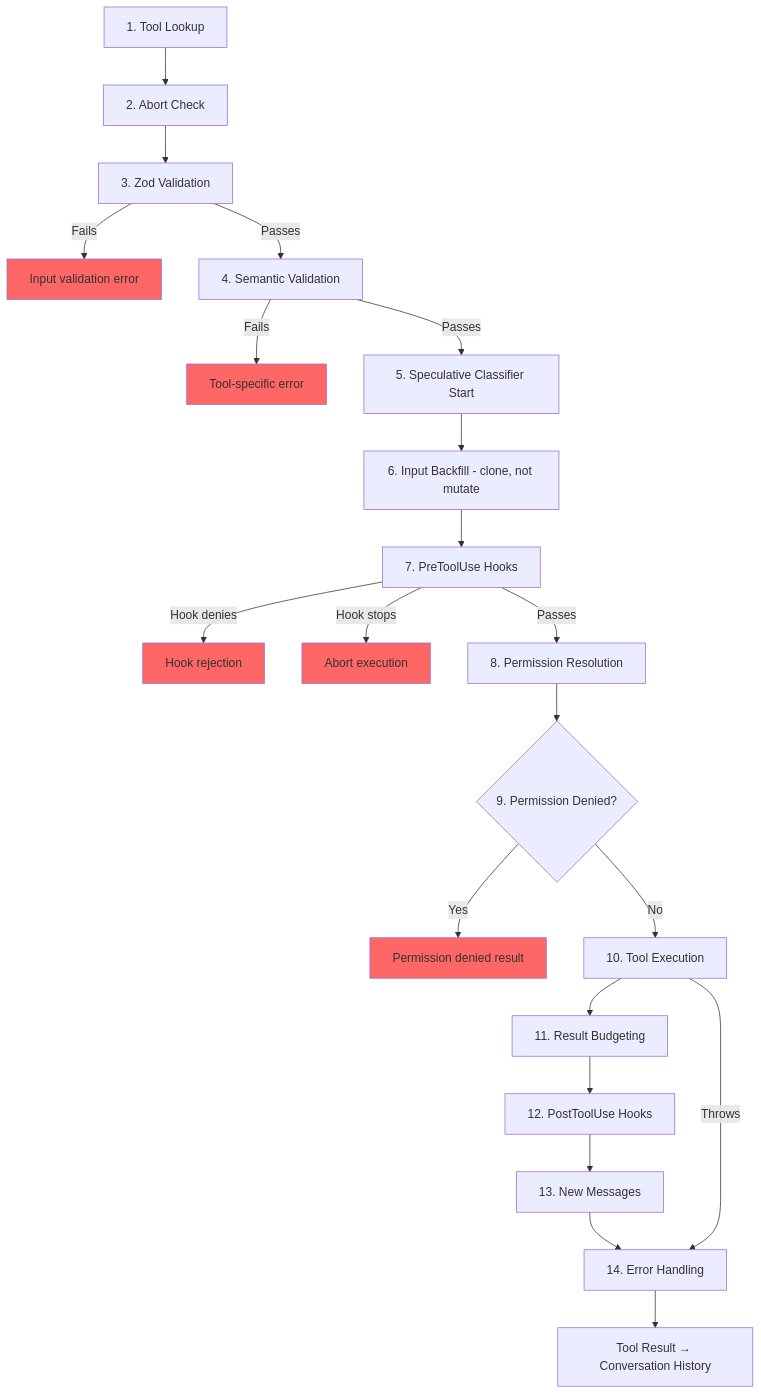
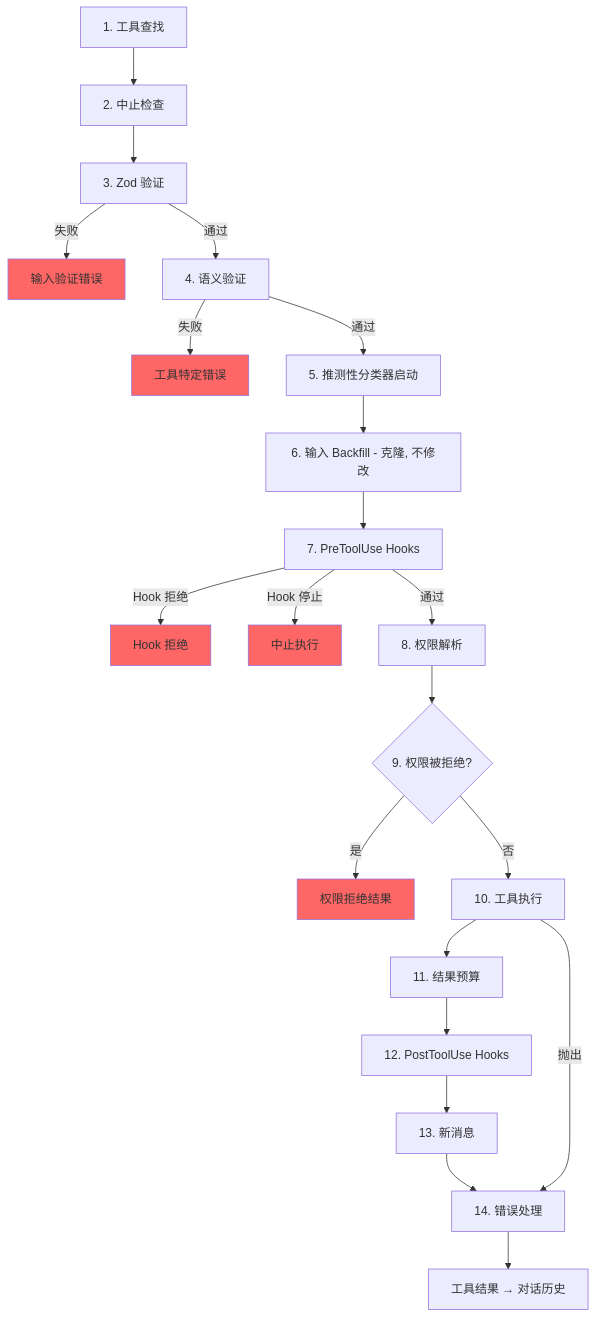
Before and after one commit to llwanghong/claude-code-universe: the diagram in book-zh/ch06-tools.md, drawn with Mermaid. The commit also changed other lines of this file and 3 other files, not shown here.

````diff
--- a/book-zh/ch06-tools.md
+++ b/book-zh/ch06-tools.md
@@ -144,30 +129,30 @@
 ```mermaid
 graph TD
-    S1[1. Tool Lookup] --> S2[2. Abort Check]
-    S2 --> S3[3. Zod Validation]
-    S3 -->|Fails| ERR1[Input validation error]
-    S3 -->|Passes| S4[4. Semantic Validation]
-    S4 -->|Fails| ERR2[Tool-specific error]
-    S4 -->|Passes| S5[5. Speculative Classifier Start]
-    S5 --> S6[6. Input Backfill - clone, not mutate]
+    S1[1. 工具查找] --> S2[2. 中止检查]
+    S2 --> S3[3. Zod 验证]
+    S3 -->|失败| ERR1[输入验证错误]
+    S3 -->|通过| S4[4. 语义验证]
+    S4 -->|失败| ERR2[工具特定错误]
+    S4 -->|通过| S5[5. 推测性分类器启动]
+    S5 --> S6[6. 输入 Backfill - 克隆, 不修改]
     S6 --> S7[7. PreToolUse Hooks]
-    S7 -->|Hook denies| ERR3[Hook rejection]
-    S7 -->|Hook stops| STOP[Abort execution]
-    S7 -->|Passes| S8[8. Permission Resolution]
-    S8 --> S9{9. Permission Denied?}
-    S9 -->|Yes| ERR4[Permission denied result]
-    S9 -->|No| S10[10. Tool Execution]
-    S10 --> S11[11. Result Budgeting]
+    S7 -->|Hook 拒绝| ERR3[Hook 拒绝]
+    S7 -->|Hook 停止| STOP[中止执行]
+    S7 -->|通过| S8[8. 权限解析]
+    S8 --> S9{9. 权限被拒绝?}
+    S9 -->|是| ERR4[权限拒绝结果]
+    S9 -->|否| S10[10. 工具执行]
+    S10 --> S11[11. 结果预算]
     S11 --> S12[12. PostToolUse Hooks]
-    S12 --> S13[13. New Messages]
-    S13 --> S14[14. Error Handling]
-    S14 --> DONE[Tool Result → Conversation History]
+    S12 --> S13[13. 新消息]
+    S13 --> S14[14. 错误处理]
+    S14 --> DONE[工具结果 → 对话历史]
 
-    S10 -->|Throws| S14
+    S10 -->|抛出| S14
 
     style ERR1 fill:#f66
     style ERR2 fill:#f66
     style ERR3 fill:#f66
     style ERR4 fill:#f66
     style STOP fill:#f66
 ```
````
